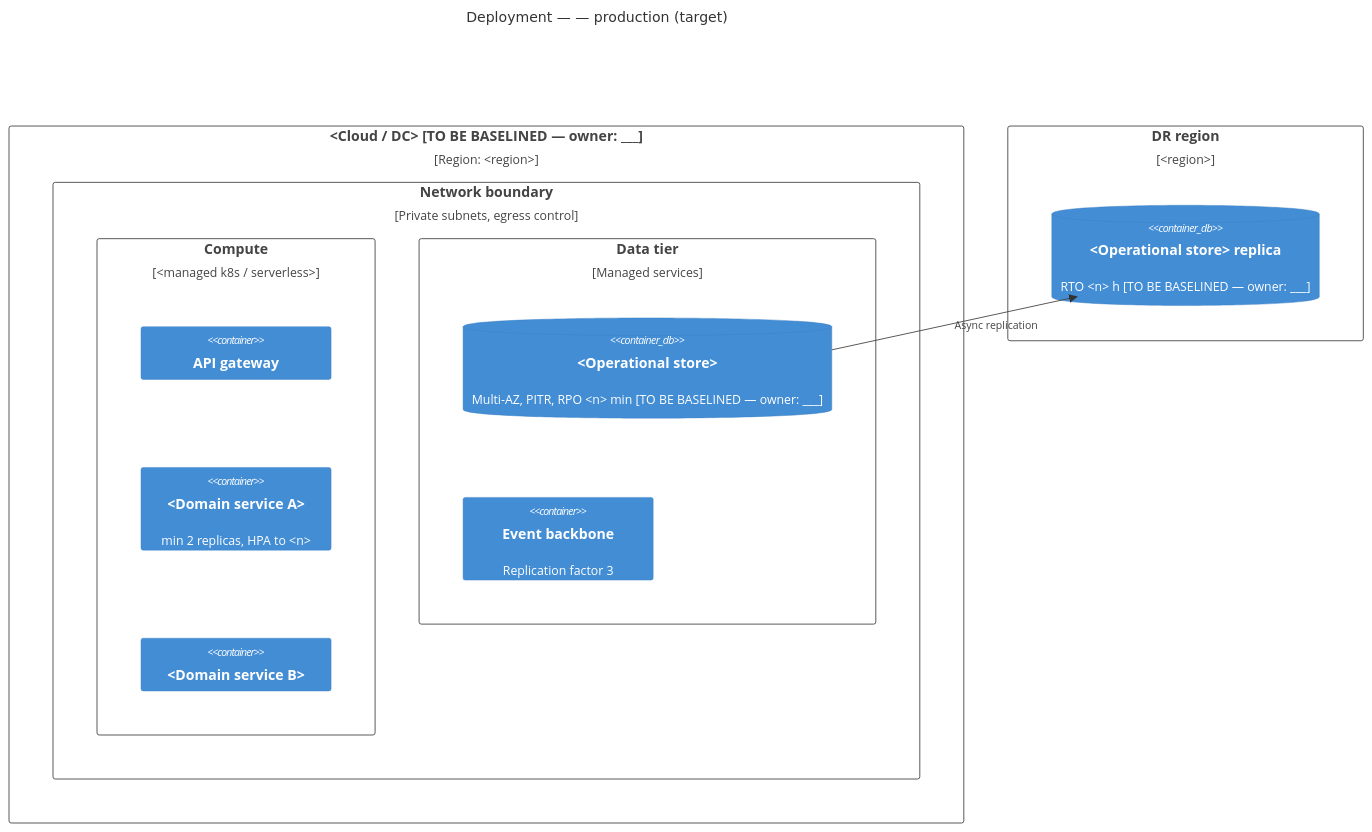
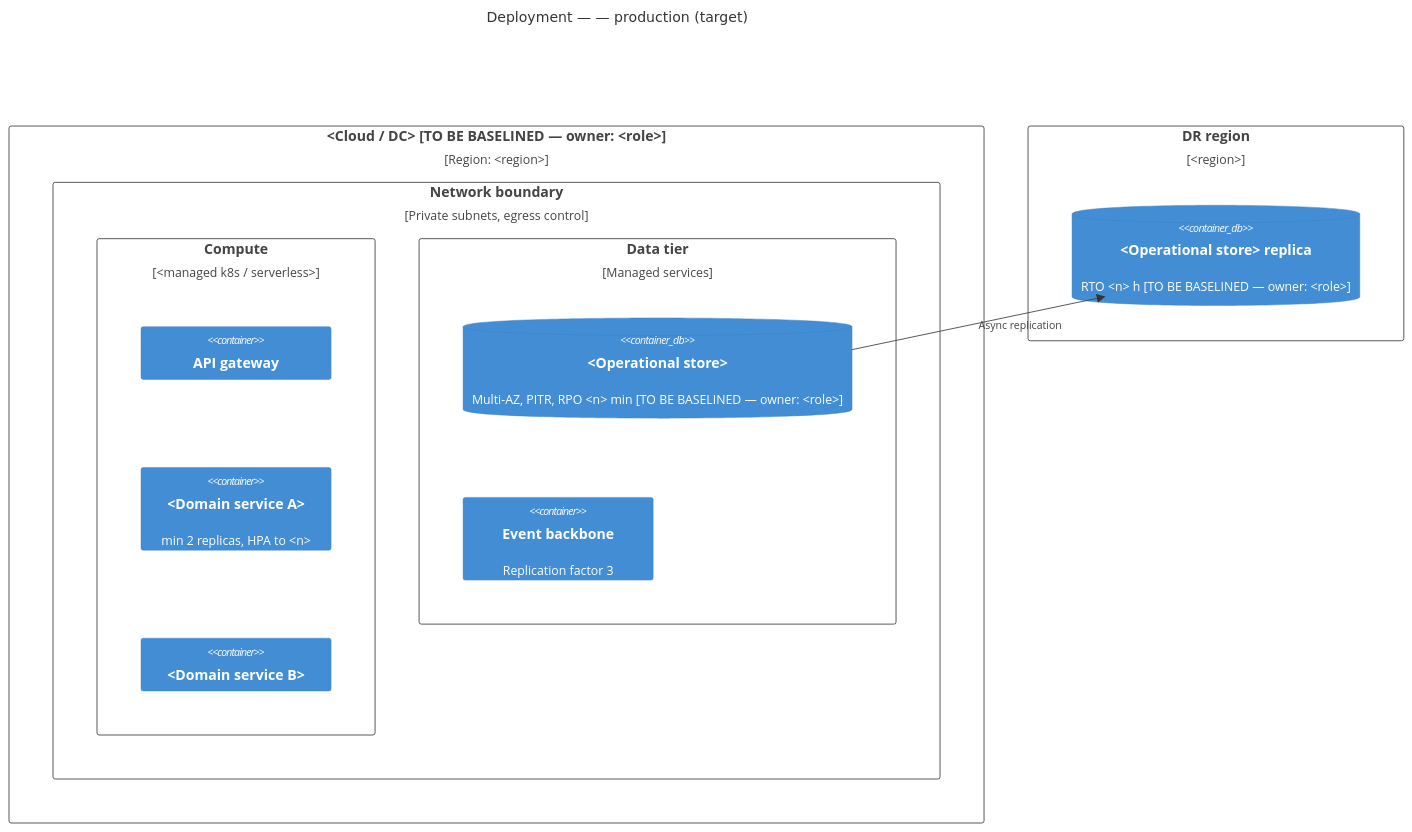
The fourth of 7 diagrams in skills/presales/solution-architecture-doc/assets/mermaid-c4-templates.md (giritharanchockalingam/giri-skills), drawn with Mermaid before and after one commit. The commit also changed other lines of this file and 31 other files, not shown here.

First line of the commit message:
runner: LLM steps must name an owner role on [TO BE BASELINED] markers

````diff
--- a/skills/presales/solution-architecture-doc/assets/mermaid-c4-templates.md
+++ b/skills/presales/solution-architecture-doc/assets/mermaid-c4-templates.md
@@ -74,21 +74,21 @@
 ```mermaid
 C4Deployment
   title Deployment — <Solution name> — production (target)
-  Deployment_Node(cloud, "<Cloud / DC> [TO BE BASELINED — owner: ___]", "Region: <region>") {
+  Deployment_Node(cloud, "<Cloud / DC> [TO BE BASELINED — owner: <role>]", "Region: <region>") {
     Deployment_Node(vpc, "Network boundary", "Private subnets, egress control") {
       Deployment_Node(k8s, "Compute", "<managed k8s / serverless>") {
         Container(gw, "API gateway")
         Container(svc1, "<Domain service A>", "", "min 2 replicas, HPA to <n>")
         Container(svc2, "<Domain service B>")
       }
       Deployment_Node(data, "Data tier", "Managed services") {
-        ContainerDb(db1, "<Operational store>", "", "Multi-AZ, PITR, RPO <n> min [TO BE BASELINED — owner: ___]")
+        ContainerDb(db1, "<Operational store>", "", "Multi-AZ, PITR, RPO <n> min [TO BE BASELINED — owner: <role>]")
         Container(events, "Event backbone", "", "Replication factor 3")
       }
     }
   }
   Deployment_Node(dr, "DR region", "<region>") {
-    ContainerDb(db1r, "<Operational store> replica", "", "RTO <n> h [TO BE BASELINED — owner: ___]")
+    ContainerDb(db1r, "<Operational store> replica", "", "RTO <n> h [TO BE BASELINED — owner: <role>]")
   }
   Rel(db1, db1r, "Async replication")
 ```
````
